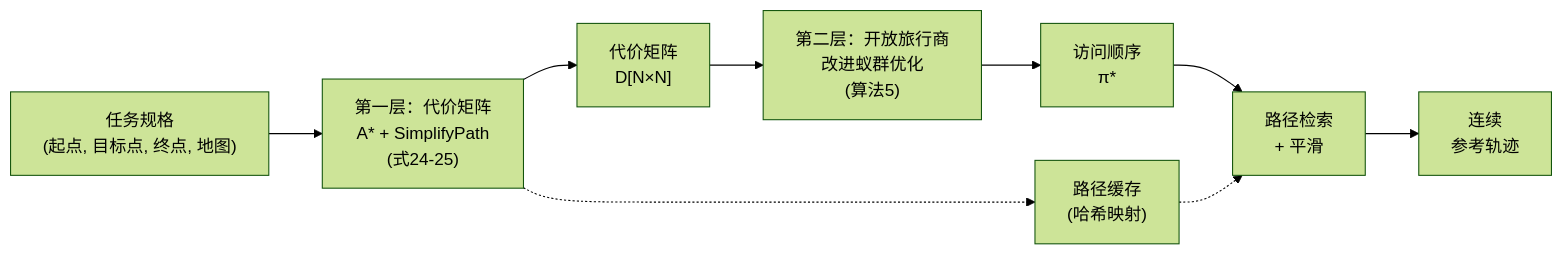
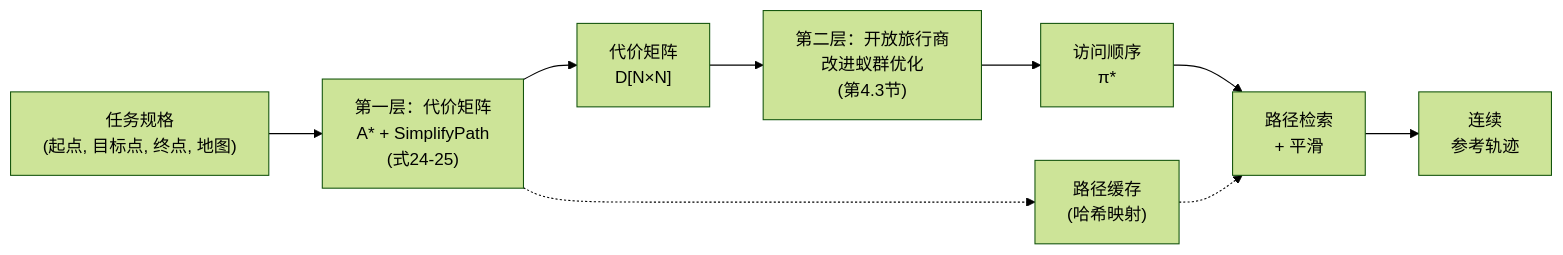
Before and after one commit to Maple-Ali/Matlab-pathplan-simulation: the diagram in paper/sections_CN/section-4.4.md, drawn with Mermaid (forest theme). The commit also changed 212 other files, not shown here.

Commit message:
论文中文版全文修订，新增 LaTeX 源码/图片/参考文献模板，路径简化实验更新，gitignore 扩展

````diff
--- a/paper/sections_CN/section-4.4.md
+++ b/paper/sections_CN/section-4.4.md
@@ -60,11 +60,11 @@
 ```mermaid
 flowchart LR
     A["任务规格\n(起点, 目标点, 终点, 地图)"] --> B["第一层：代价矩阵\nA* + SimplifyPath\n(式24-25)"]
     B --> C["代价矩阵\nD[N×N]"]
-    C --> D["第二层：开放旅行商\n改进蚁群优化\n(算法5)"]
+    C --> D["第二层：开放旅行商\n改进蚁群优化\n(第4.3节)"]
     D --> E["访问顺序\nπ*"]
     E --> F["路径检索\n+ 平滑"]
     F --> G["连续\n参考轨迹"]
     B -.-> H["路径缓存\n(哈希映射)"]
     H -.-> F
 ```
````
